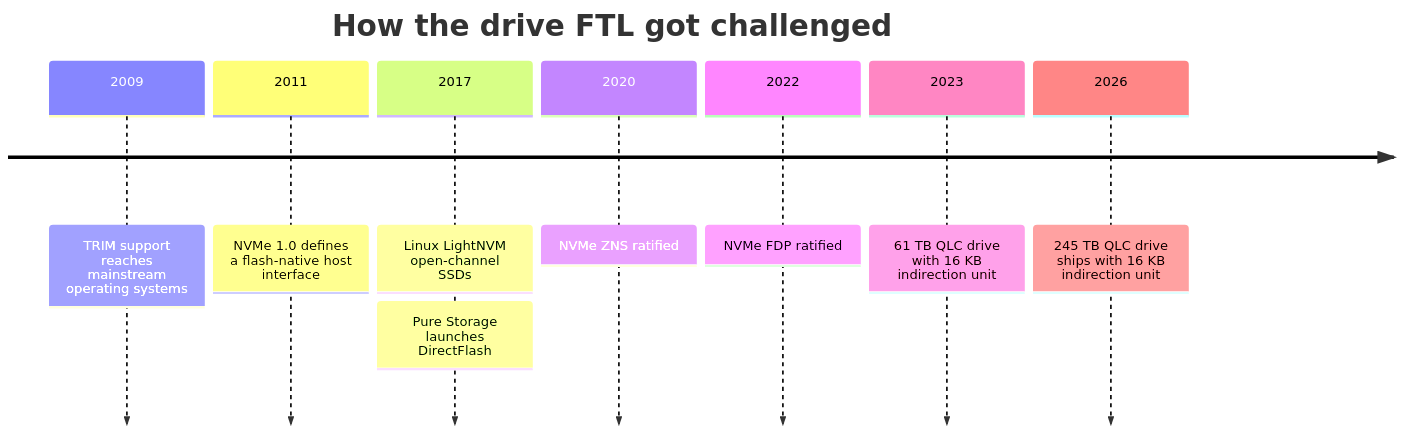
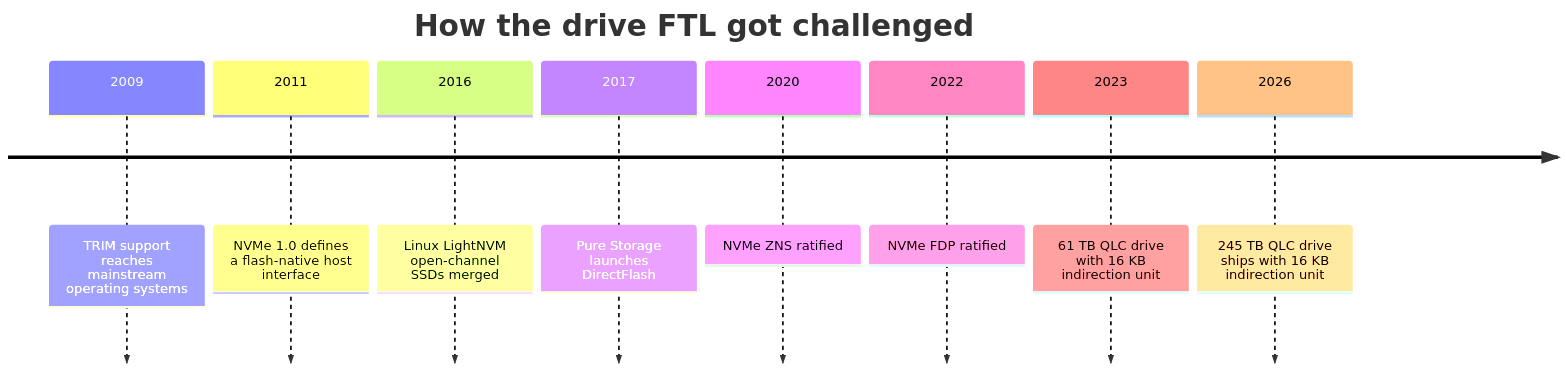
Before and after one commit to FrankHuang94/storage-_db_claude: the second of 2 diagrams in docs/01-storage-fundamentals/03-inside-an-ssd.md, drawn with Mermaid. The commit also changed other lines of this file and 28 other files, not shown here.

````diff
--- a/docs/01-storage-fundamentals/03-inside-an-ssd.md
+++ b/docs/01-storage-fundamentals/03-inside-an-ssd.md
@@ -145,11 +145,12 @@
 ```mermaid
 timeline
     title How the drive FTL got challenged
     2009 : TRIM support reaches mainstream operating systems
     2011 : NVMe 1.0 defines a flash-native host interface
-    2017 : Linux LightNVM open-channel SSDs : Pure Storage launches DirectFlash
+    2016 : Linux LightNVM open-channel SSDs merged
+    2017 : Pure Storage launches DirectFlash
     2020 : NVMe ZNS ratified
     2022 : NVMe FDP ratified
     2023 : 61 TB QLC drive with 16 KB indirection unit
     2026 : 245 TB QLC drive ships with 16 KB indirection unit
 ```
````
